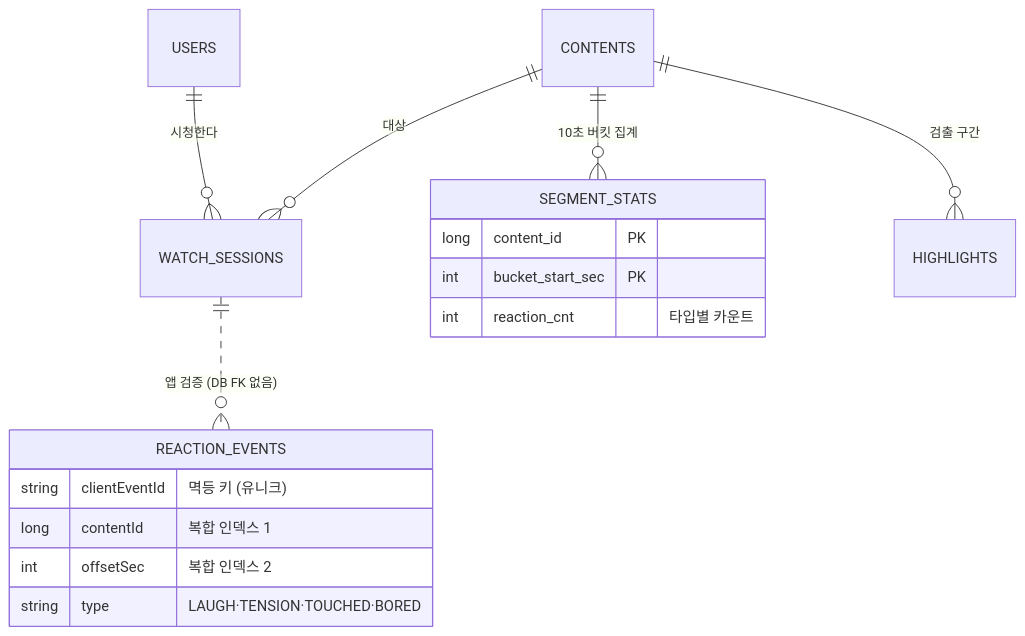
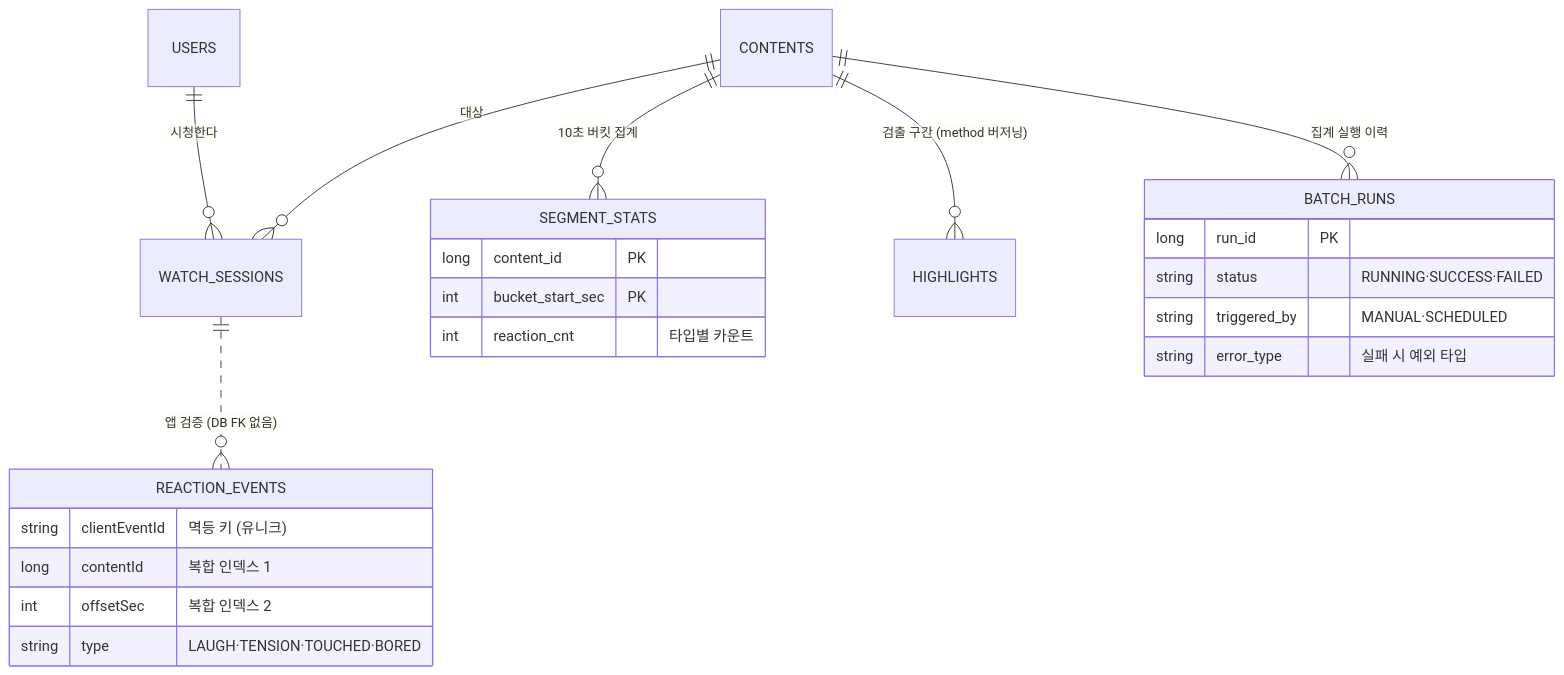
Before and after one commit to aucu2005/scenelog: the second of 2 diagrams in README.md, drawn with Mermaid. The commit also changed other lines of this file and 2 other files, not shown here.

````diff
--- a/README.md
+++ b/README.md
@@ -83,20 +119,27 @@
 ```mermaid
 erDiagram
     USERS ||--o{ WATCH_SESSIONS : "시청한다"
     CONTENTS ||--o{ WATCH_SESSIONS : "대상"
     CONTENTS ||--o{ SEGMENT_STATS : "10초 버킷 집계"
-    CONTENTS ||--o{ HIGHLIGHTS : "검출 구간"
+    CONTENTS ||--o{ HIGHLIGHTS : "검출 구간 (method 버저닝)"
+    CONTENTS ||--o{ BATCH_RUNS : "집계 실행 이력"
     WATCH_SESSIONS ||..o{ REACTION_EVENTS : "앱 검증 (DB FK 없음)"
 
     REACTION_EVENTS {
         string clientEventId "멱등 키 (유니크)"
         long contentId "복합 인덱스 1"
         int offsetSec "복합 인덱스 2"
         string type "LAUGH·TENSION·TOUCHED·BORED"
     }
     SEGMENT_STATS {
         long content_id PK
         int bucket_start_sec PK
         int reaction_cnt "타입별 카운트"
     }
+    BATCH_RUNS {
+        long run_id PK
+        string status "RUNNING·SUCCESS·FAILED"
+        string triggered_by "MANUAL·SCHEDULED"
+        string error_type "실패 시 예외 타입"
+    }
 ```
````
